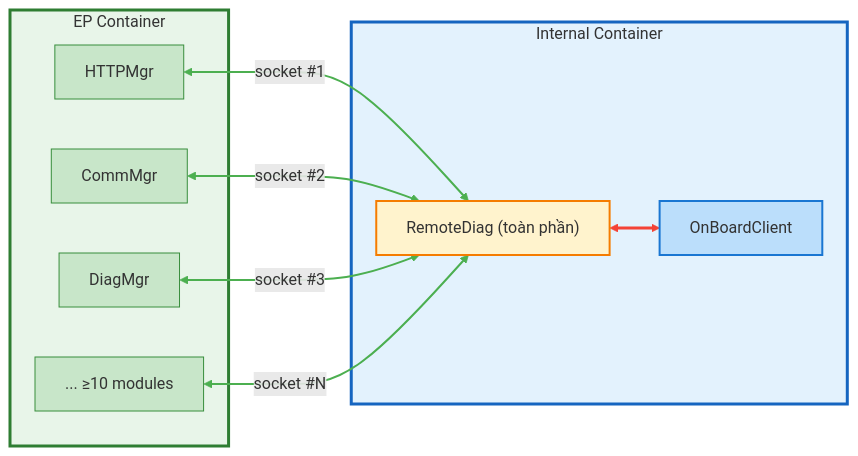
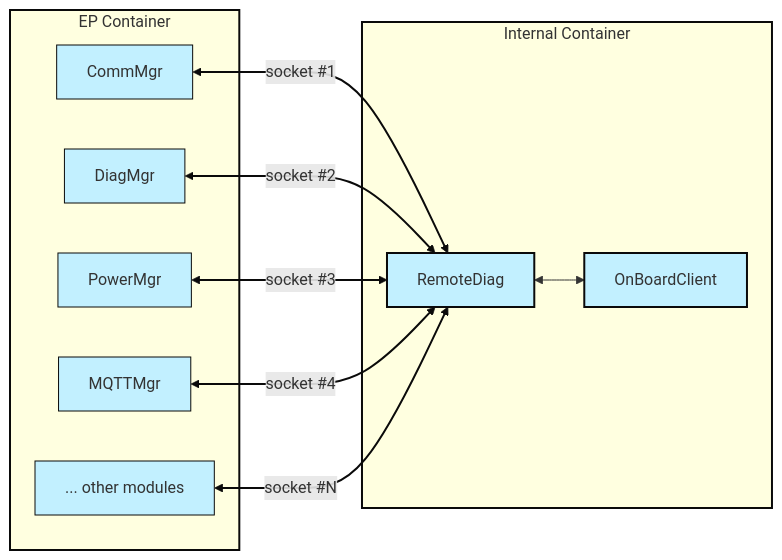
Before and after one commit to btqt/fe: the second of 10 diagrams in tmp_output/RDG_FA_Presentation_20260804.md, drawn with Mermaid. The commit also changed other lines of this file and 4 other files, not shown here.

````diff
--- a/tmp_output/RDG_FA_Presentation_20260804.md
+++ b/tmp_output/RDG_FA_Presentation_20260804.md
@@ -124,37 +124,40 @@
 ```mermaid
 flowchart LR
     subgraph EP["EP Container"]
-        M1[HTTPMgr]
-        M2[CommMgr]
-        M3[DiagMgr]
-        MN["... ≥10 modules"]
+        M1[CommMgr]
+        M2[DiagMgr]
+        M3[PowerMgr]
+        M4[MQTTMgr]
+        MN["... other modules"]
     end
     subgraph IP["Internal Container"]
-        RDG["RemoteDiag (toàn phần)"]
+        RDG["RemoteDiag"]
         OBC[OnBoardClient]
     end
     M1 <-->|"socket #1"| RDG
     M2 <-->|"socket #2"| RDG
     M3 <-->|"socket #3"| RDG
+    M4 <-->|"socket #4"| RDG
     MN <-->|"socket #N"| RDG
     RDG <--> OBC
 
     %% Node Style
-    style EP fill:#E8F5E9,stroke:#2E7D32,stroke-width:3px
-    style IP fill:#E3F2FD,stroke:#1565C0,stroke-width:3px
+    style EP fill:#FFFFE0,stroke:#0A0A0A,stroke-width:2px
+    style IP fill:#FFFFE0,stroke:#0A0A0A,stroke-width:2px
 
-    style M1 fill:#C8E6C9,stroke:#388E3C
-    style M2 fill:#C8E6C9,stroke:#388E3C
-    style M3 fill:#C8E6C9,stroke:#388E3C
-    style MN fill:#C8E6C9,stroke:#388E3C
+    style M1 fill:#C2F0FF,stroke:#0A0A0A
+    style M2 fill:#C2F0FF,stroke:#0A0A0A
+    style M3 fill:#C2F0FF,stroke:#0A0A0A
+    style M4 fill:#C2F0FF,stroke:#0A0A0A
+    style MN fill:#C2F0FF,stroke:#0A0A0A
 
-    style RDG fill:#FFF3CD,stroke:#F57C00,stroke-width:2px
-    style OBC fill:#BBDEFB,stroke:#1976D2,stroke-width:2px
+    style RDG fill:#C2F0FF,stroke:#0A0A0A,stroke-width:2px
+    style OBC fill:#C2F0FF,stroke:#0A0A0A,stroke-width:2px
 
     %% Link Style
-    linkStyle 0 stroke:#4CAF50,stroke-width:2px
-    linkStyle 1 stroke:#4CAF50,stroke-width:2px
-    linkStyle 2 stroke:#4CAF50,stroke-width:2px
-    linkStyle 3 stroke:#4CAF50,stroke-width:2px
-    linkStyle 4 stroke:#F44336,stroke-width:3px
+    linkStyle 0 stroke:#0A0A0A,stroke-width:2px
+    linkStyle 1 stroke:#0A0A0A,stroke-width:2px
+    linkStyle 2 stroke:#0A0A0A,stroke-width:2px
+    linkStyle 3 stroke:#0A0A0A,stroke-width:2px
+    linkStyle 4 stroke:#0A0A0A,stroke-width:2px
 ```
````
